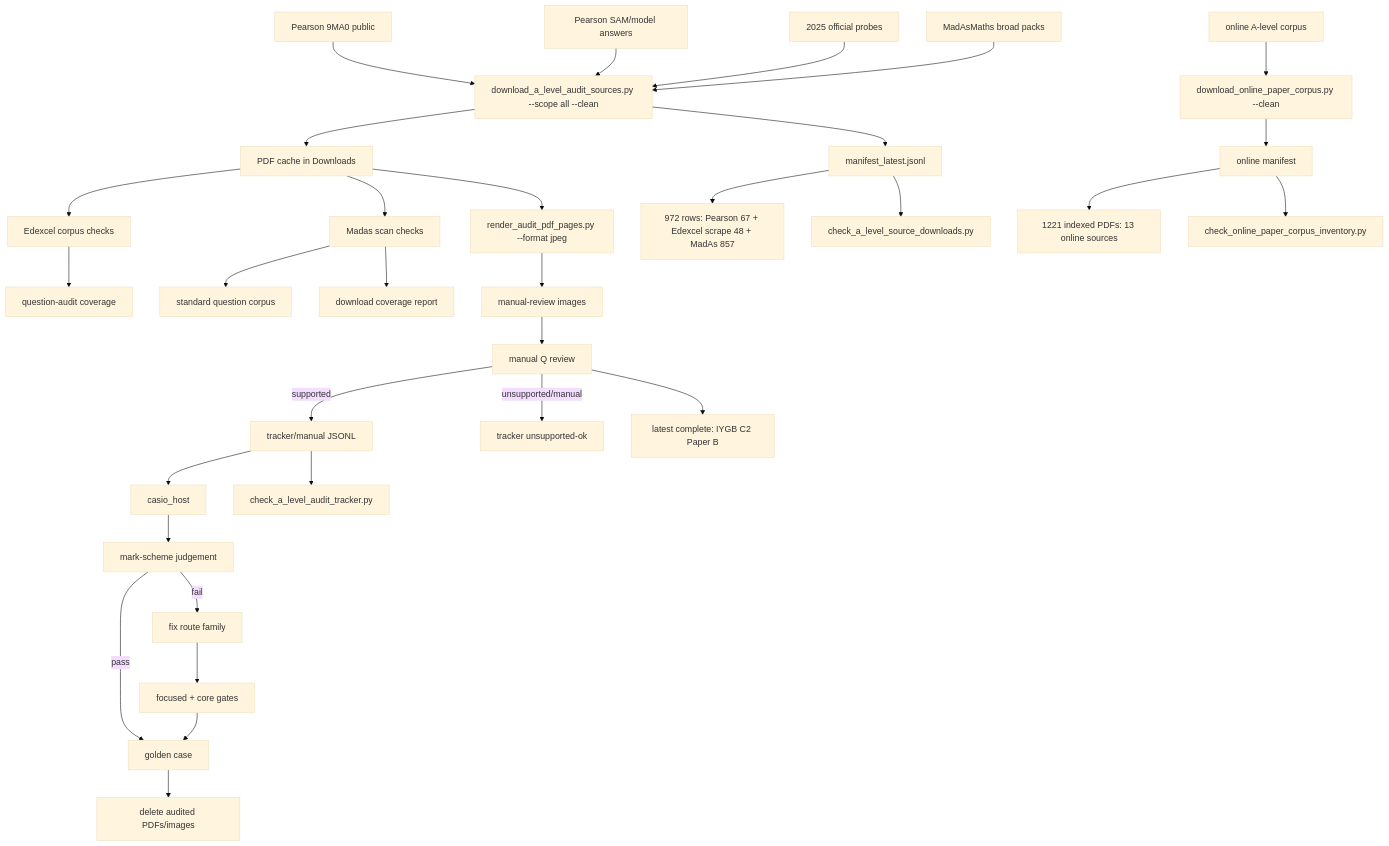
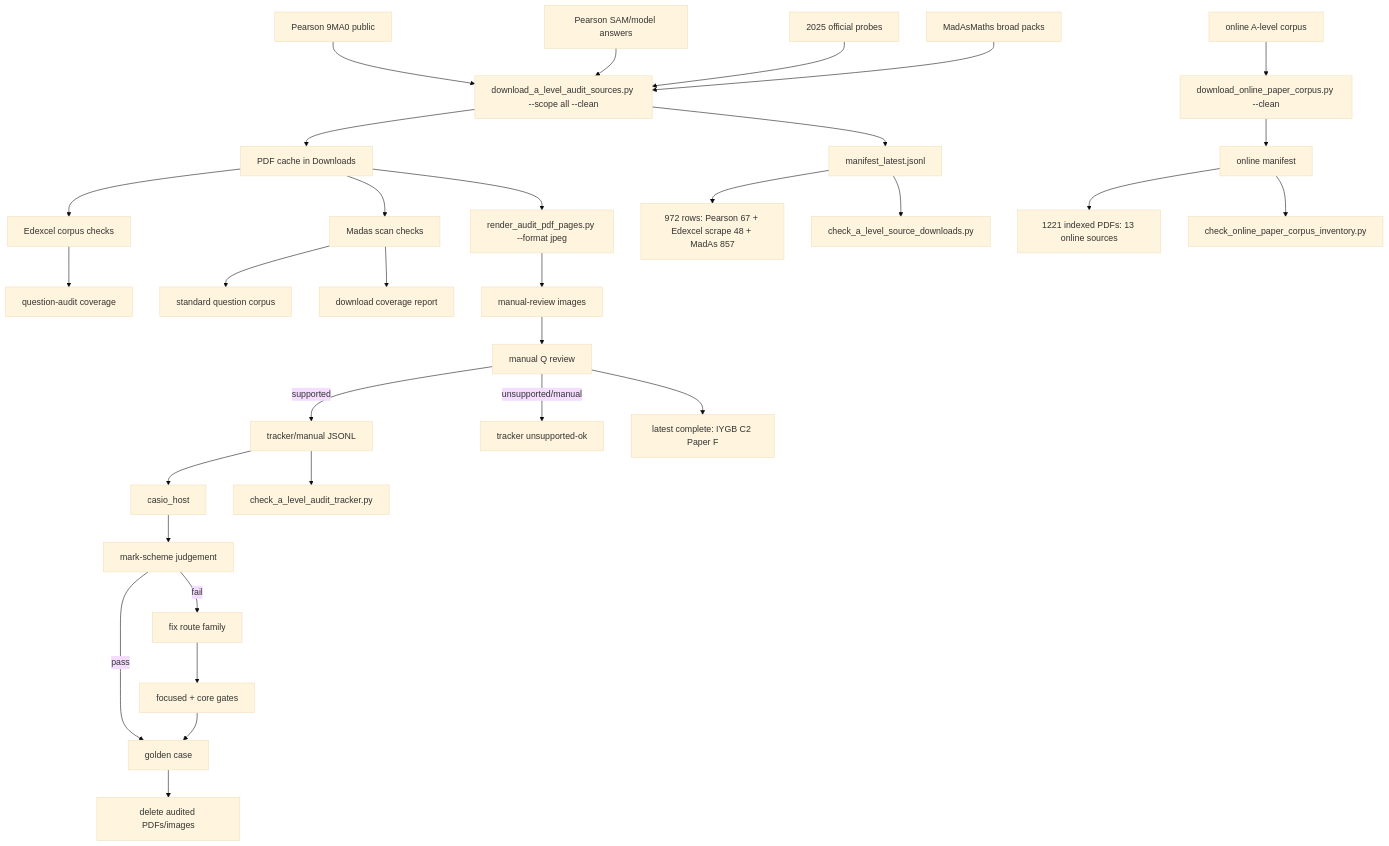
Before and after one commit to james8464/notes-addin-casio-fx-cg50: the diagram in c++/tools/golden/a_level_audit_graph.md, drawn with Mermaid (base theme). The commit also changed other lines of this file and 2 other files, not shown here.

Commit message:
Audit IYGB C2 Paper F

````diff
--- a/c++/tools/golden/a_level_audit_graph.md
+++ b/c++/tools/golden/a_level_audit_graph.md
@@ -3,34 +3,34 @@
 ```mermaid
 graph TD
   E1["Pearson 9MA0 public"] --> D["download_a_level_audit_sources.py --scope all --clean"]
   E2["Pearson SAM/model answers"] --> D
   E3["2025 official probes"] --> D
   M1["MadAsMaths broad packs"] --> D
   O1["online A-level corpus"] --> OD["download_online_paper_corpus.py --clean"]
   D --> P["PDF cache in Downloads"]
   D --> X["manifest_latest.jsonl"]
   OD --> OX["online manifest"]
   X --> XC["972 rows: Pearson 67 + Edexcel scrape 48 + MadAs 857"]
   OX --> OC["1221 indexed PDFs: 13 online sources"]
   X --> V["check_a_level_source_downloads.py"]
   OX --> OV["check_online_paper_corpus_inventory.py"]
   P --> E["Edexcel corpus checks"]
   E --> EQ["question-audit coverage"]
   P --> S["Madas scan checks"]
   S --> M["standard question corpus"]
   S --> MC["download coverage report"]
   P --> R["render_audit_pdf_pages.py --format jpeg"]
   R --> I["manual-review images"]
   I --> Q["manual Q review"]
   Q -->|supported| J["tracker/manual JSONL"]
   Q -->|unsupported/manual| U["tracker unsupported-ok"]
   J --> H["casio_host"]
   J --> K["check_a_level_audit_tracker.py"]
   H --> C["mark-scheme judgement"]
   C -->|pass| G["golden case"]
   C -->|fail| F["fix route family"]
   F --> T["focused + core gates"]
   T --> G
   G --> Z["delete audited PDFs/images"]
-  Q --> Qt["latest complete: IYGB C2 Paper B"]
+  Q --> Qt["latest complete: IYGB C2 Paper F"]
 ```
````
